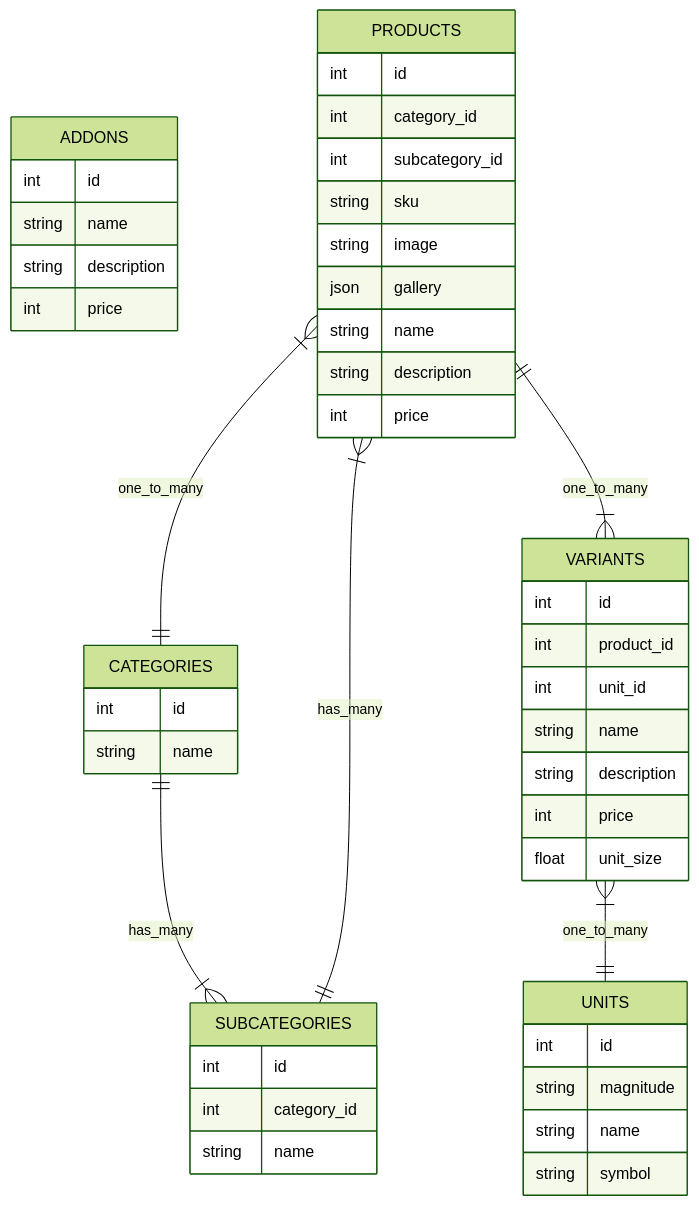
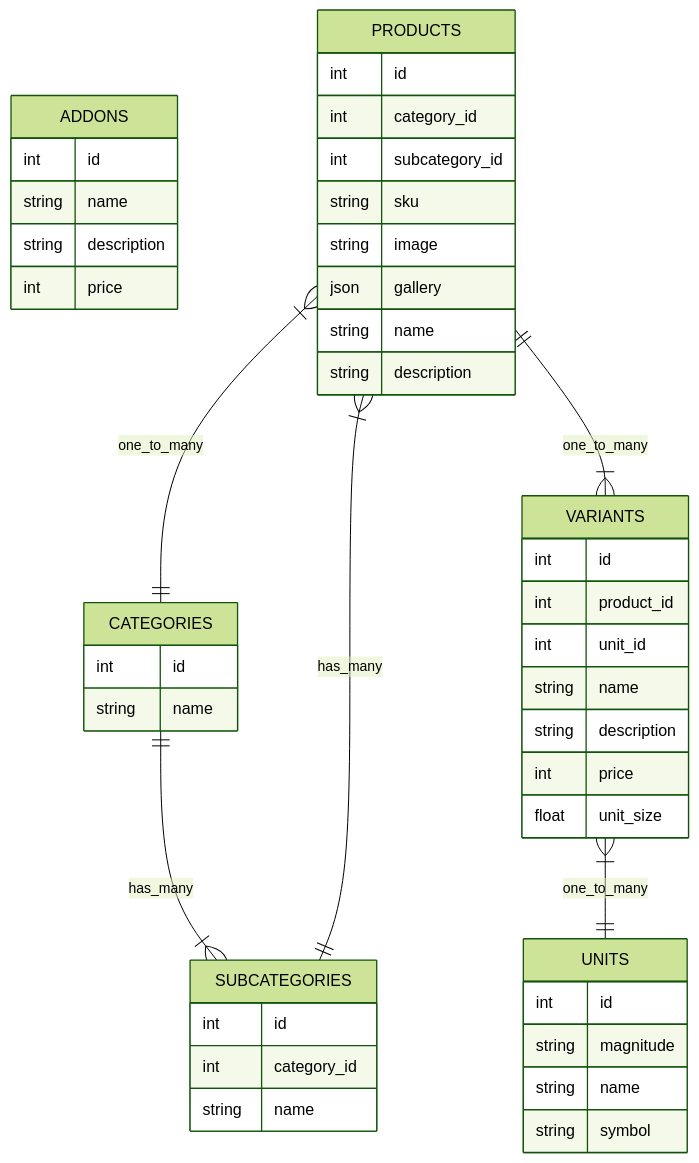
Before and after one commit to aasumitro/posbe: the diagram in internal/catalog/ENTITY_DIAGRAM.md, drawn with Mermaid (forest theme). The commit also changed other lines of this file and 243 other files, not shown here.

````diff
--- a/internal/catalog/ENTITY_DIAGRAM.md
+++ b/internal/catalog/ENTITY_DIAGRAM.md
@@ -3,55 +3,54 @@
 ```mermaid
 erDiagram
     CATEGORIES {
         int id
         string name
     }
     
     SUBCATEGORIES {
         int id
         int category_id
         string name
     }
     
     UNITS { 
         int id
         string magnitude
         string name
         string symbol
     }
     
     ADDONS {
         int id
         string name
         string description 
         int price
     }
     
     VARIANTS {
         int id
         int product_id
         int unit_id
         string name
         string description 
         int price
         float unit_size
     }
     
     PRODUCTS {
         int id  
         int category_id
         int subcategory_id
         string sku
         string image
         json gallery
         string name
         string description
-        int price
     }
  
     CATEGORIES ||--|{ SUBCATEGORIES: has_many
     PRODUCTS }|--|| SUBCATEGORIES: has_many
     PRODUCTS ||--|{ VARIANTS: one_to_many
     VARIANTS }|--|| UNITS : one_to_many
     PRODUCTS }|--|| CATEGORIES : one_to_many
 ```
````
